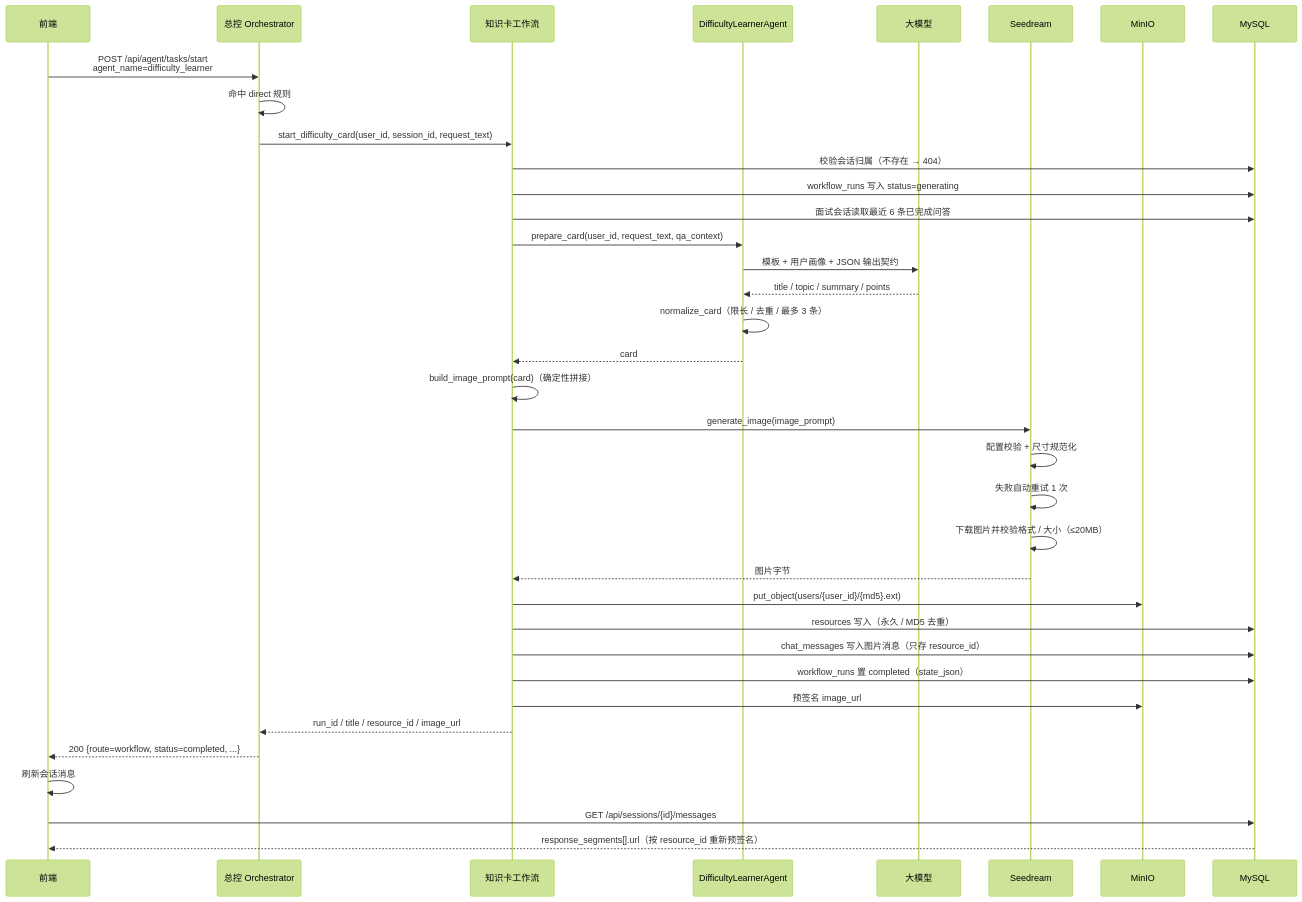
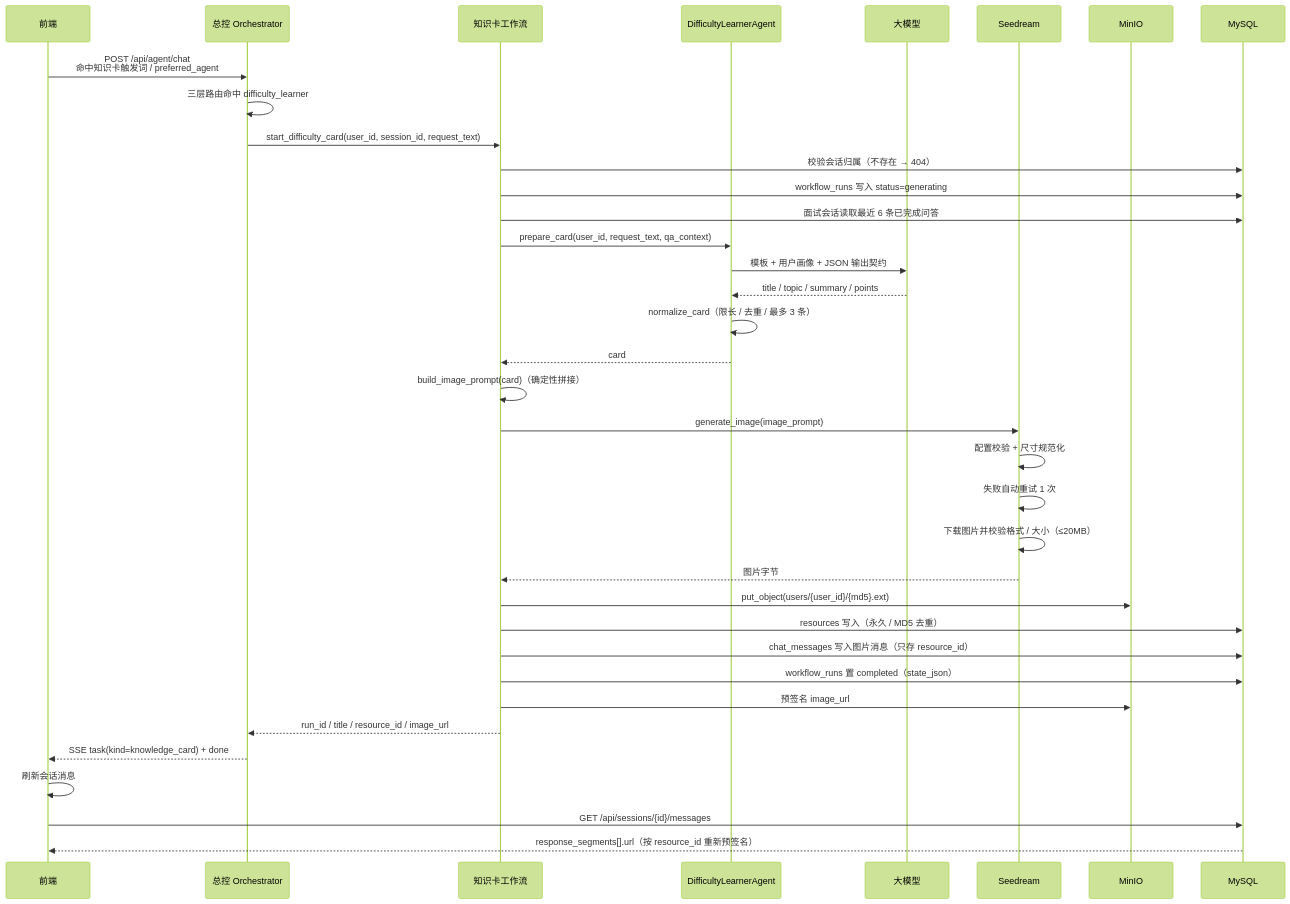
The second of 3 diagrams in agent-backend/docs/difficulty-card-guide.md (jiayinjiang-pistachio/study-pass-ai), drawn with Mermaid (forest theme) before and after one commit. The commit also changed other lines of this file and 56 other files, not shown here.

````diff
--- a/agent-backend/docs/difficulty-card-guide.md
+++ b/agent-backend/docs/difficulty-card-guide.md
@@ -410,39 +425,39 @@
 ```mermaid
 sequenceDiagram
     participant F as 前端
     participant O as 总控 Orchestrator
     participant W as 知识卡工作流
     participant A as DifficultyLearnerAgent
     participant LLM as 大模型
     participant S as Seedream
     participant M as MinIO
     participant DB as MySQL
 
-    F->>O: POST /api/agent/tasks/start<br/>agent_name=difficulty_learner
-    O->>O: 命中 direct 规则
+    F->>O: POST /api/agent/chat<br/>命中知识卡触发词 / preferred_agent
+    O->>O: 三层路由命中 difficulty_learner
     O->>W: start_difficulty_card(user_id, session_id, request_text)
     W->>DB: 校验会话归属（不存在 → 404）
     W->>DB: workflow_runs 写入 status=generating
     W->>DB: 面试会话读取最近 6 条已完成问答
     W->>A: prepare_card(user_id, request_text, qa_context)
     A->>LLM: 模板 + 用户画像 + JSON 输出契约
     LLM-->>A: title / topic / summary / points
     A->>A: normalize_card（限长 / 去重 / 最多 3 条）
     A-->>W: card
     W->>W: build_image_prompt(card)（确定性拼接）
     W->>S: generate_image(image_prompt)
     S->>S: 配置校验 + 尺寸规范化
     S->>S: 失败自动重试 1 次
     S->>S: 下载图片并校验格式 / 大小（≤20MB）
     S-->>W: 图片字节
     W->>M: put_object(users/{user_id}/{md5}.ext)
     W->>DB: resources 写入（永久 / MD5 去重）
     W->>DB: chat_messages 写入图片消息（只存 resource_id）
     W->>DB: workflow_runs 置 completed（state_json）
     W->>M: 预签名 image_url
     W-->>O: run_id / title / resource_id / image_url
-    O-->>F: 200 {route=workflow, status=completed, ...}
+    O-->>F: SSE task(kind=knowledge_card) + done
     F->>F: 刷新会话消息
     F->>DB: GET /api/sessions/{id}/messages
     DB-->>F: response_segments[].url（按 resource_id 重新预签名）
 ```
````
